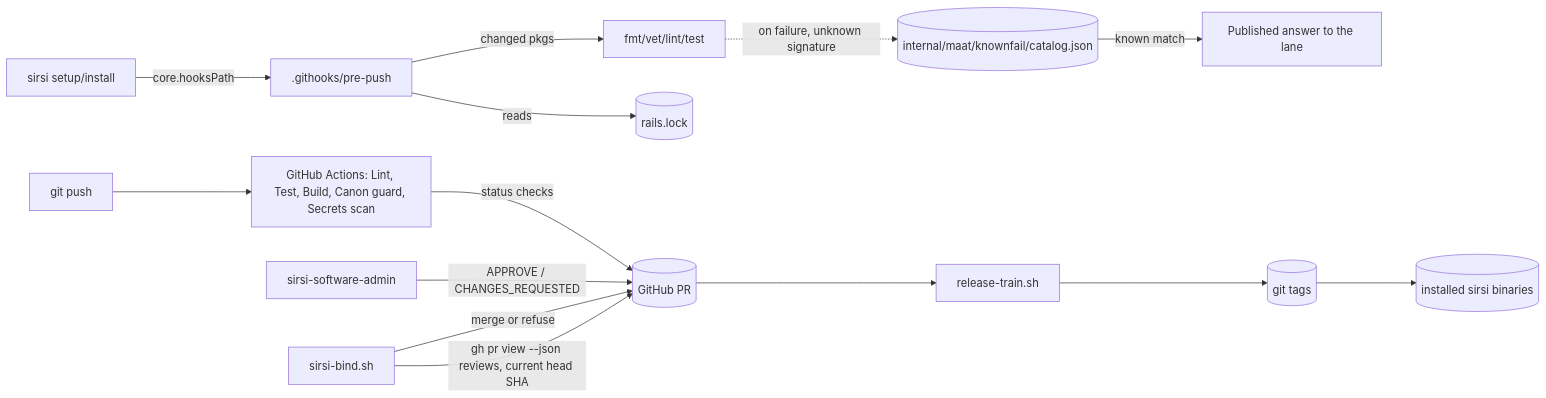
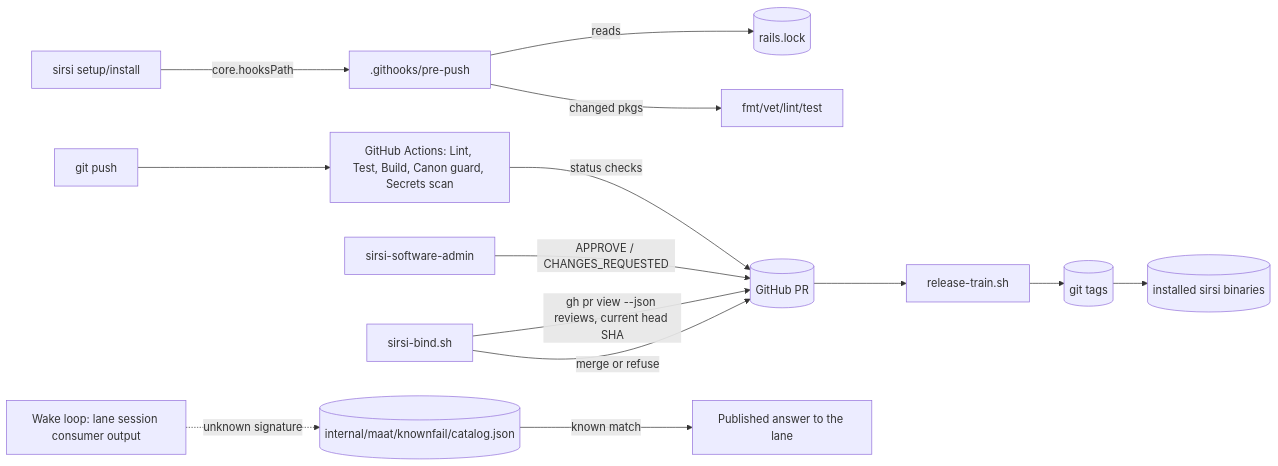
One commit to SirsiMaster/sirsi-pantheon changed the second of 3 diagrams in docs/stacklab/diagrams/RA-P18-maat-gate.md. Above: the diagram before and after it, drawn with Mermaid. The commit also changed other lines of this file, not shown here.

First line of the commit message:
docs(stacklab): RA-P18 — catalog not consulted by hook/CI, add gate-lock step

````diff
--- a/docs/stacklab/diagrams/RA-P18-maat-gate.md
+++ b/docs/stacklab/diagrams/RA-P18-maat-gate.md
@@ -31,14 +34,14 @@
 ```mermaid
 flowchart LR
   INSTALL[sirsi setup/install] -->|core.hooksPath| HOOK[.githooks/pre-push]
   HOOK -->|reads| LOCK[(rails.lock)]
   HOOK -->|changed pkgs| LOCALCHECK[fmt/vet/lint/test]
   PUSH[git push] --> CI[GitHub Actions: Lint, Test, Build, Canon guard, Secrets scan]
   CI -->|status checks| GH[(GitHub PR)]
   SSA[sirsi-software-admin] -->|APPROVE / CHANGES_REQUESTED| GH
   BIND[sirsi-bind.sh] -->|gh pr view --json reviews, current head SHA| GH
   BIND -->|merge or refuse| GH
   GH --> TRAIN[release-train.sh] --> TAGS[(git tags)] --> INSTALLS[(installed sirsi binaries)]
-  LOCALCHECK -.on failure, unknown signature.-> CATALOG[(internal/maat/knownfail/catalog.json)]
+  WAKE[Wake loop: lane session consumer output] -.unknown signature.-> CATALOG[(internal/maat/knownfail/catalog.json)]
   CATALOG -->|known match| ANSWER[Published answer to the lane]
 ```
````
